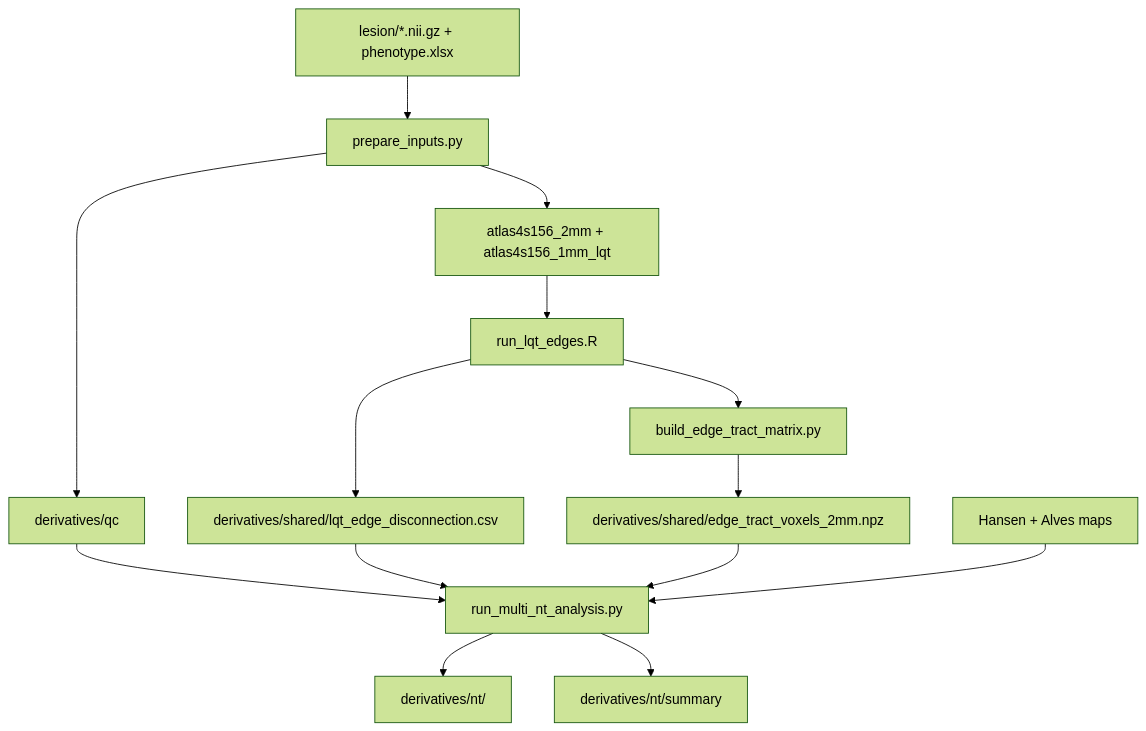
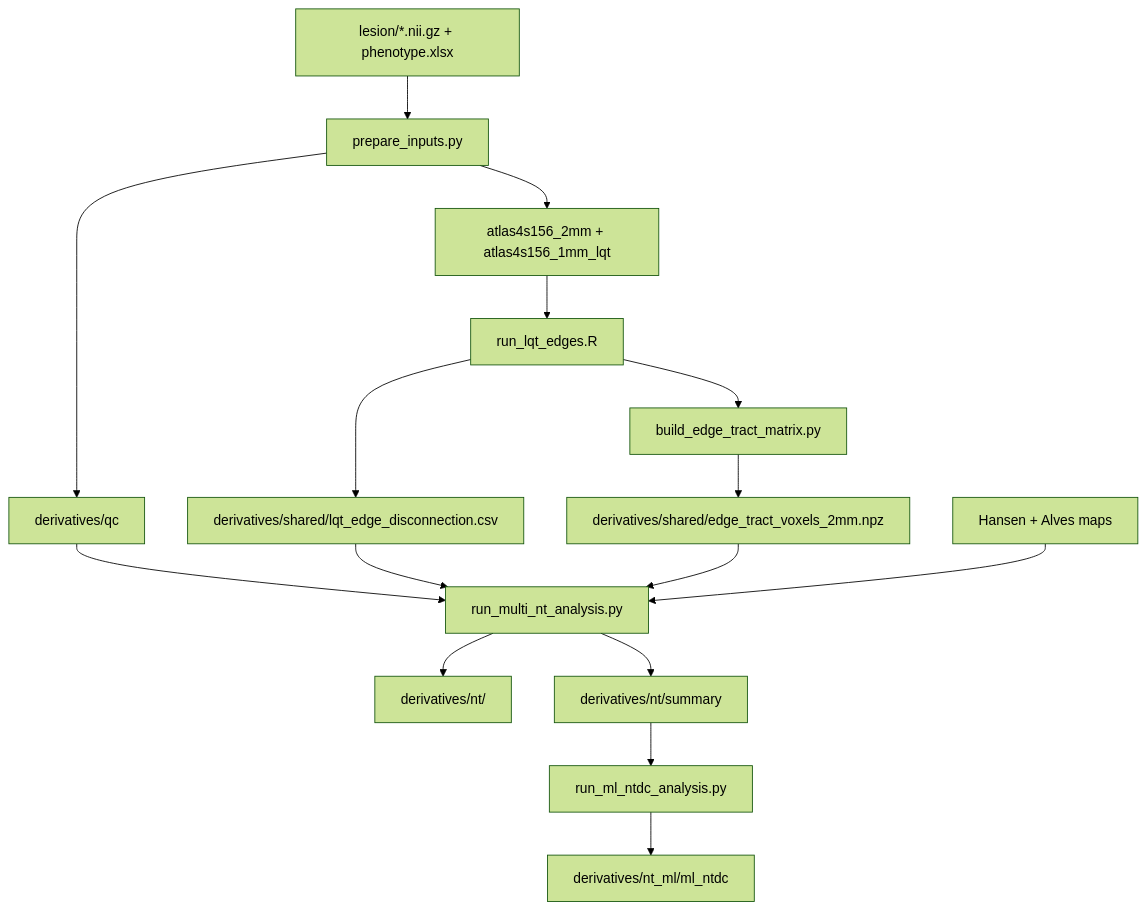
The diagram in docs/manual_qc.md (zhenzonglin/neurotransmitter), drawn with Mermaid (forest theme) before and after one commit. The commit also changed other lines of this file and 11 other files, not shown here.

````diff
--- a/docs/manual_qc.md
+++ b/docs/manual_qc.md
@@ -24,16 +26,18 @@
 ```mermaid
 flowchart TD
     A["lesion/*.nii.gz + phenotype.xlsx"] --> B["prepare_inputs.py"]
     B --> C["derivatives/qc"]
     B --> D["atlas4s156_2mm + atlas4s156_1mm_lqt"]
     D --> E["run_lqt_edges.R"]
     E --> F["derivatives/shared/lqt_edge_disconnection.csv"]
     E --> K["build_edge_tract_matrix.py"]
     K --> L["derivatives/shared/edge_tract_voxels_2mm.npz"]
     C --> G["run_multi_nt_analysis.py"]
     F --> G
     L --> G
     H["Hansen + Alves maps"] --> G
     G --> I["derivatives/nt/<nt_id>"]
     G --> J["derivatives/nt/summary"]
+    J --> M["run_ml_ntdc_analysis.py"]
+    M --> N["derivatives/nt_ml/ml_ntdc"]
 ```
````
